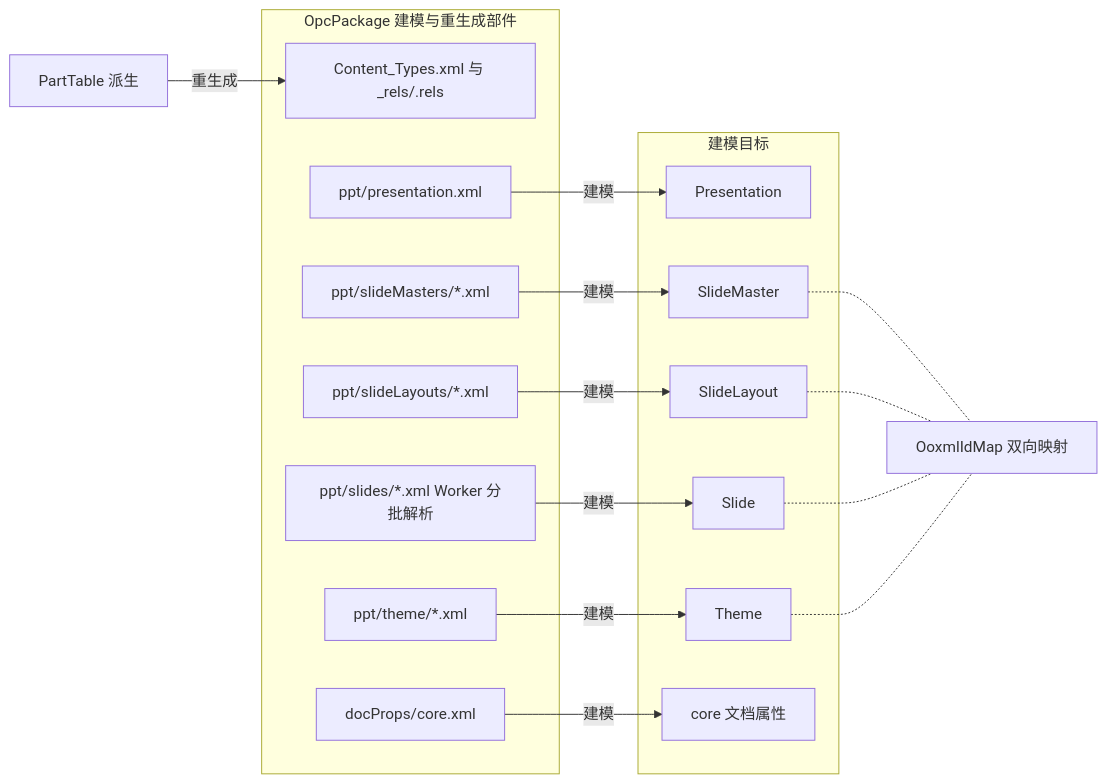
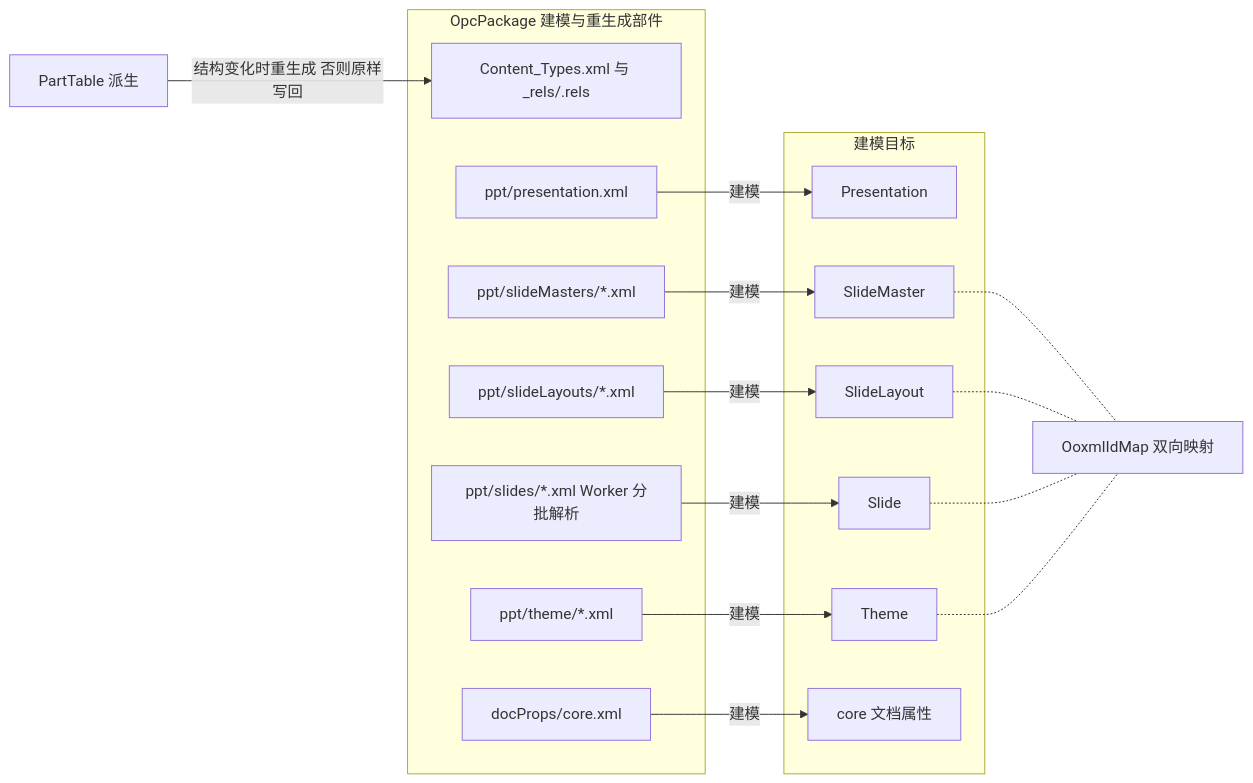
Before and after one commit to Xeonice/cordis-ppt-editor: the third of 10 diagrams in docs/40-modules/04-ooxml-format-and-pptx-codec.md, drawn with Mermaid. The commit also changed other lines of this file and 78 other files, not shown here.

````diff
--- a/docs/40-modules/04-ooxml-format-and-pptx-codec.md
+++ b/docs/40-modules/04-ooxml-format-and-pptx-codec.md
@@ -177,33 +203,33 @@
 ```mermaid
 flowchart LR
   partTable["PartTable 派生"]
   subgraph opc["OpcPackage 建模与重生成部件"]
     partCt["Content_Types.xml 与 _rels/.rels"]
     partPres["ppt/presentation.xml"]
     partMaster["ppt/slideMasters/*.xml"]
     partLayout["ppt/slideLayouts/*.xml"]
     partSlide["ppt/slides/*.xml Worker 分批解析"]
     partTheme["ppt/theme/*.xml"]
     partDocCore["docProps/core.xml"]
   end
   subgraph model["建模目标"]
     entPres["Presentation"]
     entMaster["SlideMaster"]
     entLayout["SlideLayout"]
     entSlide["Slide"]
     entTheme["Theme"]
     entCore["core 文档属性"]
   end
   idMap["OoxmlIdMap 双向映射"]
-  partTable -- "重生成" --> partCt
+  partTable -- "结构变化时重生成 否则原样写回" --> partCt
   partPres -- "建模" --> entPres
   partMaster -- "建模" --> entMaster
   partLayout -- "建模" --> entLayout
   partSlide -- "建模" --> entSlide
   partTheme -- "建模" --> entTheme
   partDocCore -- "建模" --> entCore
   entMaster -.- idMap
   entLayout -.- idMap
   entSlide -.- idMap
   entTheme -.- idMap
 ```
````
